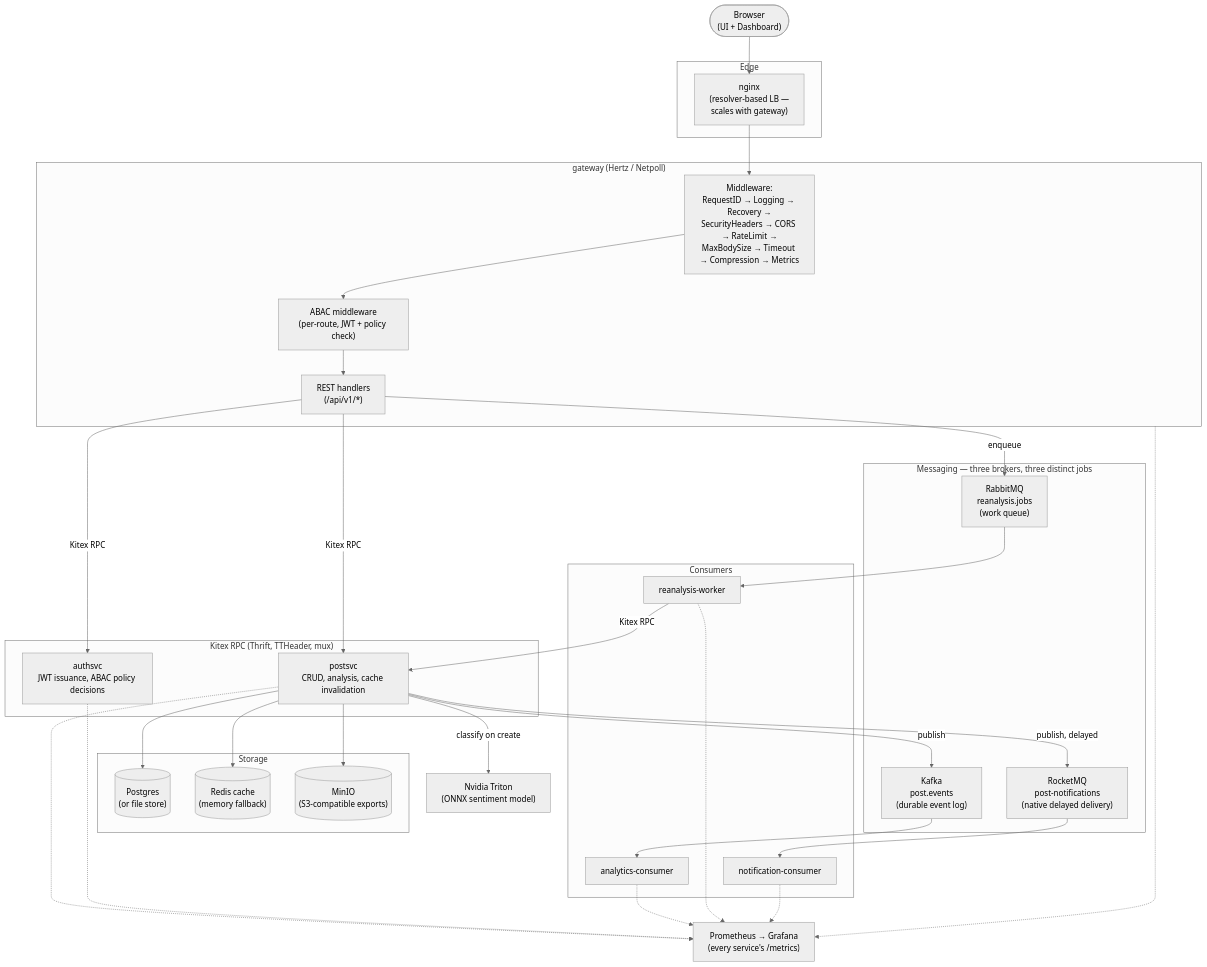
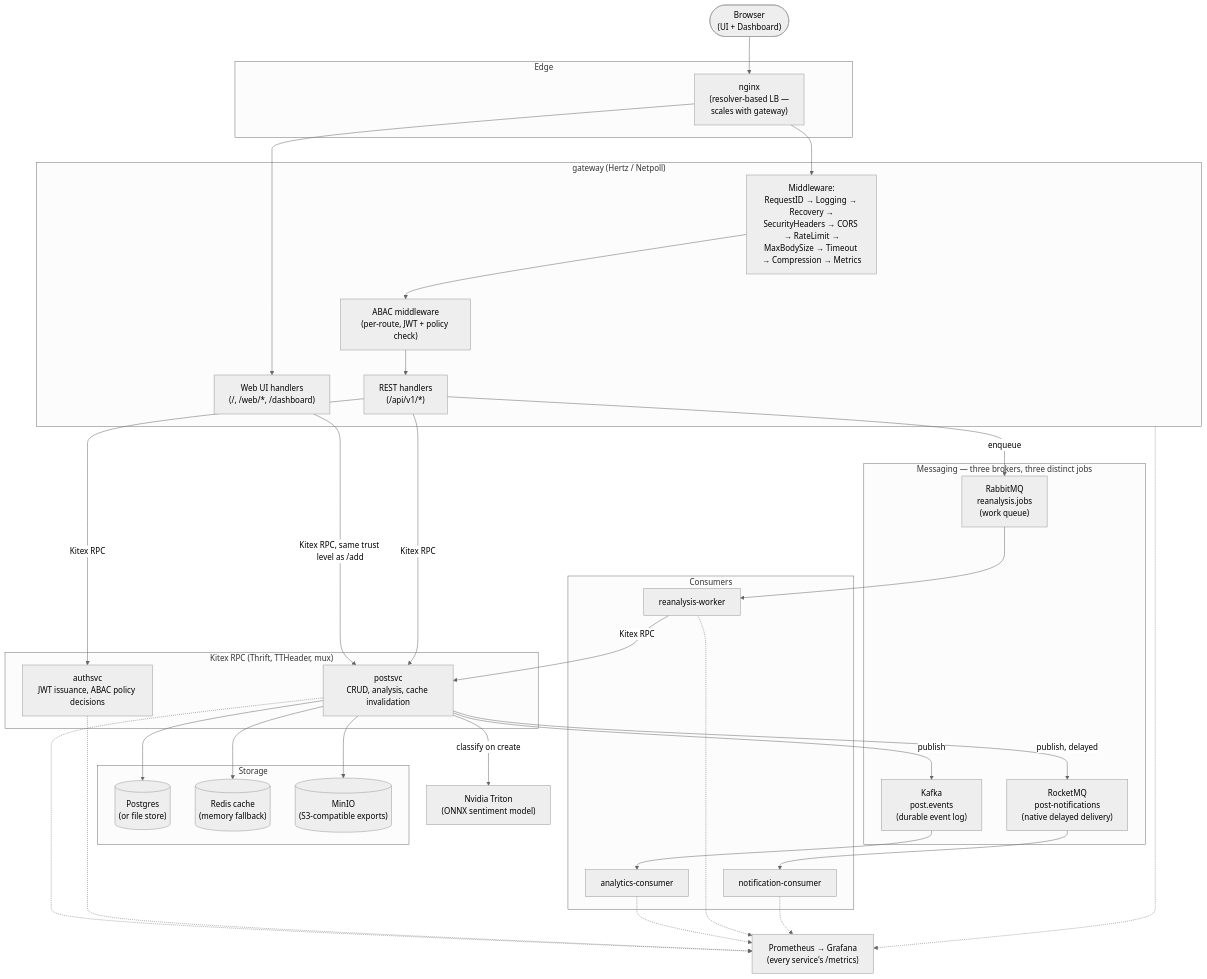
One commit to hoangsonww/Post-Analyzer-Webserver changed the first of 9 diagrams in ARCHITECTURE.md. Above: the diagram before and after it, drawn with Mermaid (neutral theme). The commit also changed other lines of this file and 13 other files, not shown here.

````diff
--- a/ARCHITECTURE.md
+++ b/ARCHITECTURE.md
@@ -7,63 +20,66 @@
 ```mermaid
 flowchart TB
     Browser(["Browser<br/>(UI + Dashboard)"])
 
     subgraph Edge["Edge"]
         Nginx["nginx<br/>(resolver-based LB —<br/>scales with gateway)"]
     end
 
     subgraph GW["gateway (Hertz / Netpoll)"]
         MW["Middleware:<br/>RequestID → Logging → Recovery →<br/>SecurityHeaders → CORS → RateLimit →<br/>MaxBodySize → Timeout → Compression → Metrics"]
         ABAC["ABAC middleware<br/>(per-route, JWT + policy check)"]
         API["REST handlers<br/>(/api/v1/*)"]
+        WebUI["Web UI handlers<br/>(/, /web/*, /dashboard)"]
     end
 
     subgraph RPC["Kitex RPC (Thrift, TTHeader, mux)"]
         PostSvc["postsvc<br/>CRUD, analysis, cache invalidation"]
         AuthSvc["authsvc<br/>JWT issuance, ABAC policy decisions"]
     end
 
     subgraph Data["Storage"]
         PG[("Postgres<br/>(or file store)")]
         Redis[("Redis cache<br/>(memory fallback)")]
         MinIO[("MinIO<br/>(S3-compatible exports)")]
     end
 
     subgraph Messaging["Messaging — three brokers, three distinct jobs"]
         Kafka["Kafka<br/>post.events<br/>(durable event log)"]
         RabbitMQ["RabbitMQ<br/>reanalysis.jobs<br/>(work queue)"]
         RocketMQ["RocketMQ<br/>post-notifications<br/>(native delayed delivery)"]
     end
 
     subgraph Consumers["Consumers"]
         Analytics["analytics-consumer"]
         Reanalysis["reanalysis-worker"]
         Notification["notification-consumer"]
     end
 
     Triton["Nvidia Triton<br/>(ONNX sentiment model)"]
     Obs["Prometheus → Grafana<br/>(every service's /metrics)"]
 
     Browser --> Nginx --> MW --> ABAC --> API
+    Nginx --> WebUI
+    WebUI -->|Kitex RPC, same trust level as /add| PostSvc
     API -->|Kitex RPC| PostSvc
     API -->|Kitex RPC| AuthSvc
     PostSvc --> PG
     PostSvc --> Redis
     PostSvc --> MinIO
     PostSvc -->|publish| Kafka
     PostSvc -->|publish, delayed| RocketMQ
     PostSvc -->|classify on create| Triton
     API -->|enqueue| RabbitMQ
 
     Kafka --> Analytics
     RabbitMQ --> Reanalysis
     RocketMQ --> Notification
     Reanalysis -->|Kitex RPC| PostSvc
 
     PostSvc -.-> Obs
     AuthSvc -.-> Obs
     GW -.-> Obs
     Analytics -.-> Obs
     Reanalysis -.-> Obs
     Notification -.-> Obs
 ```
````
